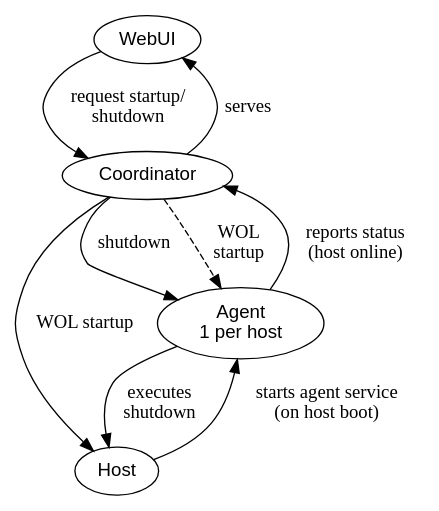
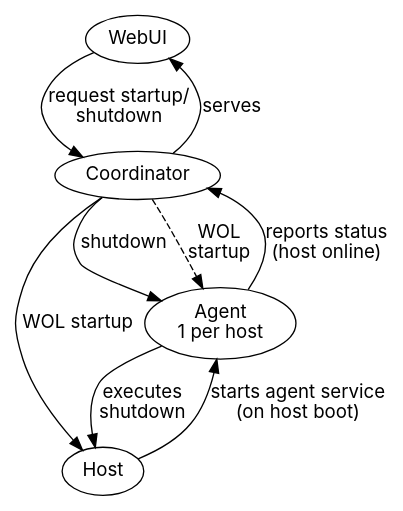
One commit to 9SMTM6/shuthost changed the diagram in coordinator/assets/architecture_simplified.dot. Above: the diagram before and after it, drawn with Graphviz. The commit also changed 35 other files, not shown here.

```diff
--- a/coordinator/assets/architecture_simplified.dot
+++ b/coordinator/assets/architecture_simplified.dot
@@ -1,22 +1,24 @@
 digraph HostLifecycle {
   rankdir=TB;
-  node [shape=ellipse, fontname="Helvetica"];
+  // Prefer Inter for generated diagrams to avoid serif fallbacks.
+  node [shape=ellipse, fontname="Inter"];
+  edge [fontname="Inter"];
 
   webui [label="WebUI"];
   coordinator [label="Coordinator"];
   host [label="Host"];
   agent [label="Agent\n1 per host"];
 
   // Other relationships
   host -> agent [label="starts agent service\n(on host boot)"];
   coordinator -> webui [label="serves"];
 
   webui -> coordinator [label="request startup/\nshutdown"];
 
   // Host lifecycle commands
   coordinator -> agent [label="shutdown"];
   coordinator -> host [label="WOL startup"];
   agent -> host [label="executes\nshutdown"];
   agent -> coordinator [label="reports status\n(host online)"];
   coordinator -> agent [label="WOL\nstartup", style=dashed];
 }
```
